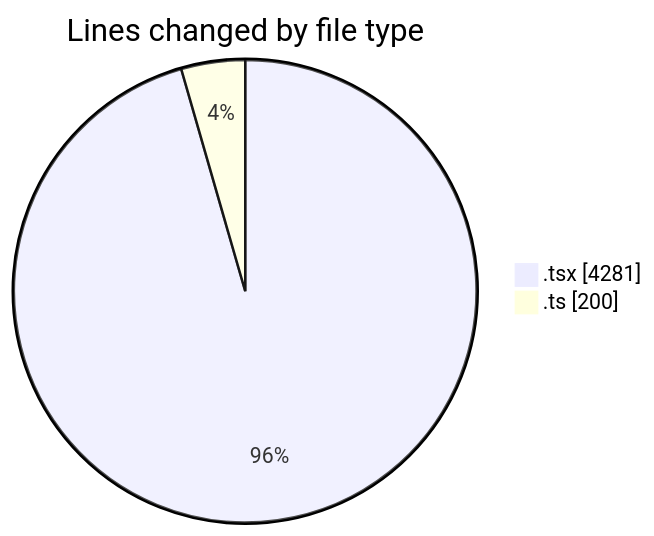
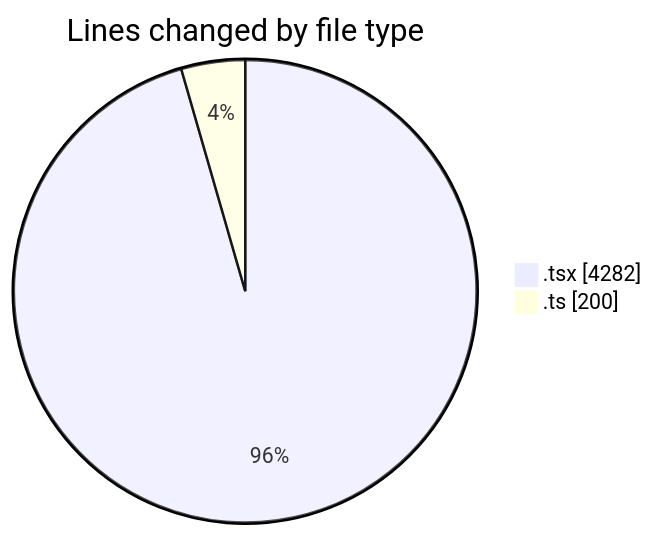
Before and after one commit to nxtqubesakshisongat/code-tracking: the first of 2 diagrams in 2026-05-24/nxtqube_webapp/README.md, drawn with Mermaid. The commit also changed other lines of this file and 1 other file, not shown here.

````diff
--- a/2026-05-24/nxtqube_webapp/README.md
+++ b/2026-05-24/nxtqube_webapp/README.md
@@ -25,6 +25,6 @@
 ```mermaid
 pie showData
 title Lines changed by file type
-".tsx" : 4281
+".tsx" : 4282
 ".ts" : 200
 ```
````
